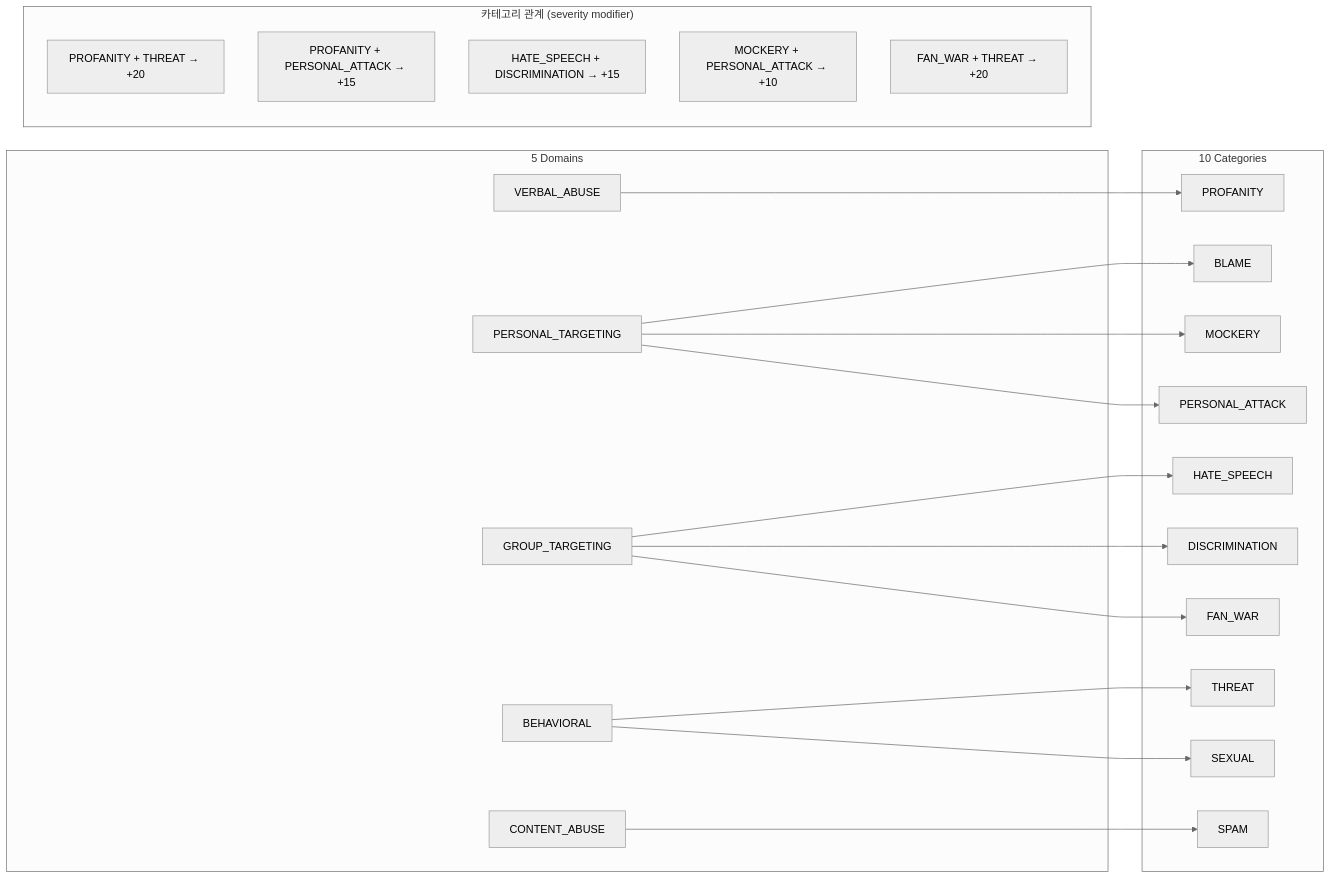
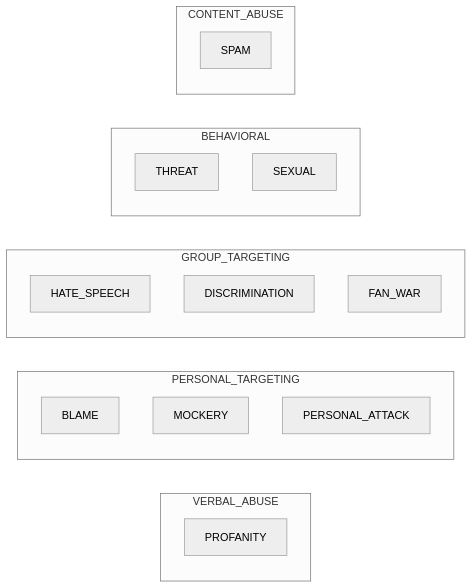
The sixth of 7 diagrams in backend/ARCHITECTURE.md (euisuk-chung/gemini-hak-creator-hub), drawn with Mermaid (neutral theme) before and after one commit. The commit also changed other lines of this file and 2 other files, not shown here.

Commit message:
added : val & schema

````diff
--- a/backend/ARCHITECTURE.md
+++ b/backend/ARCHITECTURE.md
@@ -481,37 +483,27 @@
 ```mermaid
 flowchart LR
-    subgraph "5 Domains"
-        D1[VERBAL_ABUSE]
-        D2[PERSONAL_TARGETING]
-        D3[GROUP_TARGETING]
-        D4[BEHAVIORAL]
-        D5[CONTENT_ABUSE]
+    subgraph D1["VERBAL_ABUSE"]
+        C1[PROFANITY]
     end
 
-    subgraph "10 Categories"
-        C1[PROFANITY]
+    subgraph D2["PERSONAL_TARGETING"]
         C2[BLAME]
         C3[MOCKERY]
         C4[PERSONAL_ATTACK]
+    end
+
+    subgraph D3["GROUP_TARGETING"]
         C5[HATE_SPEECH]
+        C8[DISCRIMINATION]
+        C9[FAN_WAR]
+    end
+
+    subgraph D4["BEHAVIORAL"]
         C6[THREAT]
         C7[SEXUAL]
-        C8[DISCRIMINATION]
-        C9[FAN_WAR]
+    end
+
+    subgraph D5["CONTENT_ABUSE"]
         C10[SPAM]
     end
-
-    D1 --> C1
-    D2 --> C2 & C3 & C4
-    D3 --> C5 & C8 & C9
-    D4 --> C6 & C7
-    D5 --> C10
-
-    subgraph "카테고리 관계 (severity modifier)"
-        R1["PROFANITY + THREAT → +20"]
-        R2["PROFANITY + PERSONAL_ATTACK → +15"]
-        R3["HATE_SPEECH + DISCRIMINATION → +15"]
-        R4["MOCKERY + PERSONAL_ATTACK → +10"]
-        R5["FAN_WAR + THREAT → +20"]
-    end
 ```
````
